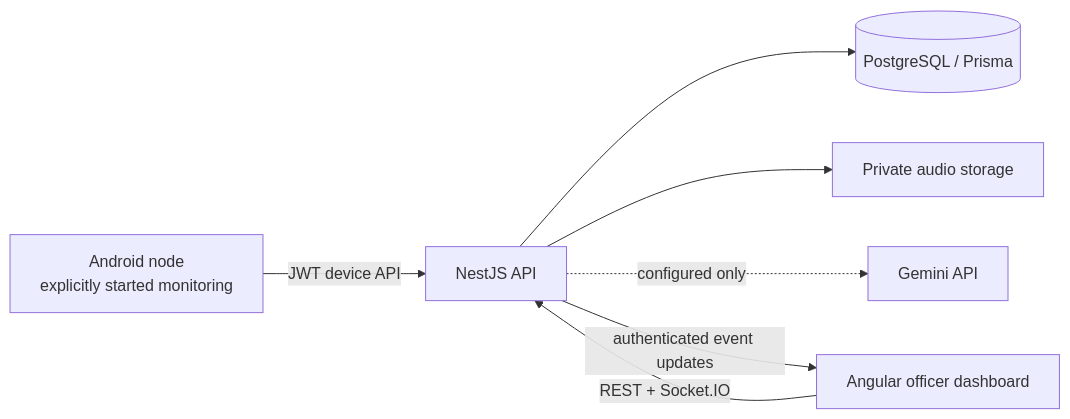
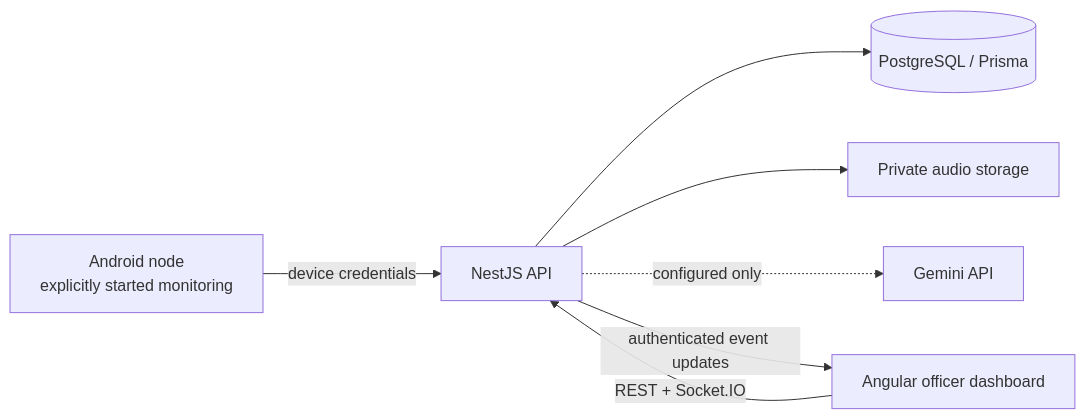
One commit to ajinkyashinde818/ForestGuard changed the diagram in README.md. Above: the diagram before and after it, drawn with Mermaid. The commit also changed other lines of this file and 48 other files, not shown here.

````diff
--- a/README.md
+++ b/README.md
@@ -11,9 +11,9 @@
 ```mermaid
 flowchart LR
-  Node[Android node<br/>explicitly started monitoring] -->|JWT device API| API[NestJS API]
+  Node[Android node<br/>explicitly started monitoring] -->|device credentials| API[NestJS API]
   Web[Angular officer dashboard] -->|REST + Socket.IO| API
   API --> DB[(PostgreSQL / Prisma)]
   API --> Store[Private audio storage]
   API -. configured only .-> Gemini[Gemini API]
   API -->|authenticated event updates| Web
 ```
````
